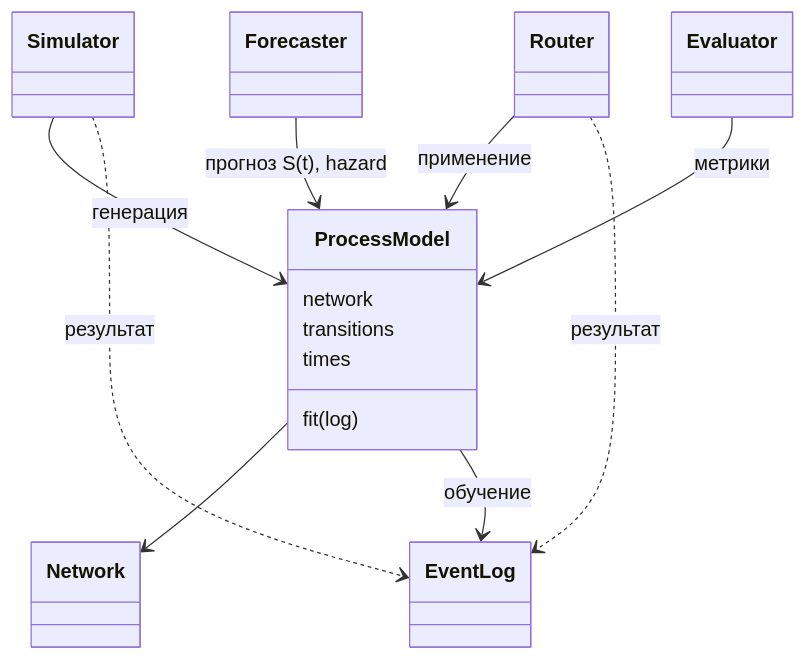
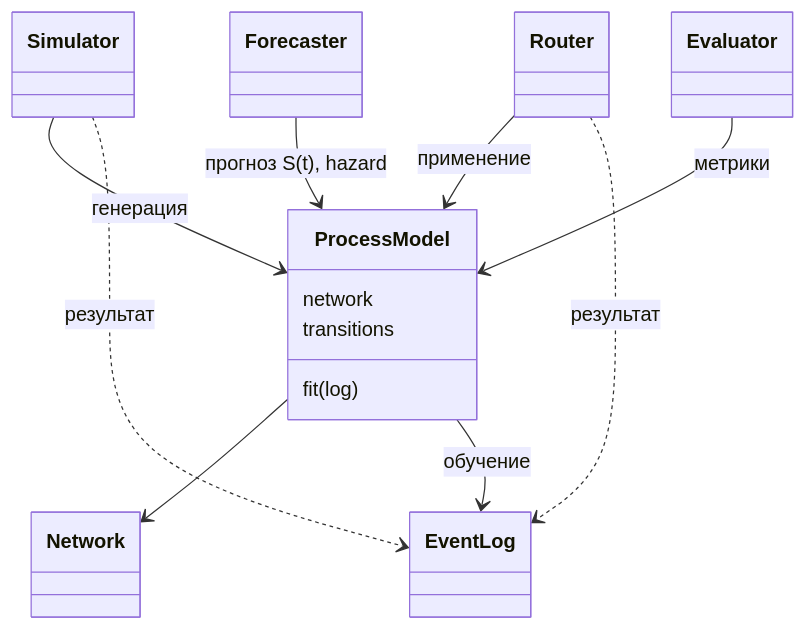
Before and after one commit to iuliivasilev/SurvivalProcessMining: the diagram in dima/survpm/architecture_survpmv2.md, drawn with Mermaid. The commit also changed other lines of this file, not shown here.

````diff
--- a/dima/survpm/architecture_survpmv2.md
+++ b/dima/survpm/architecture_survpmv2.md
@@ -9,24 +9,23 @@
 ```mermaid
 classDiagram
     class EventLog
     class Network
     class ProcessModel {
         network
         transitions
-        times
         fit(log)
     }
     class Simulator
     class Router
     class Forecaster
     class Evaluator
 
     ProcessModel --> Network
     ProcessModel --> EventLog : обучение
     Simulator --> ProcessModel : генерация
     Router --> ProcessModel : применение
     Forecaster --> ProcessModel : прогноз S(t), hazard
     Evaluator --> ProcessModel : метрики
     Simulator ..> EventLog : результат
     Router ..> EventLog : результат
 ```
````
